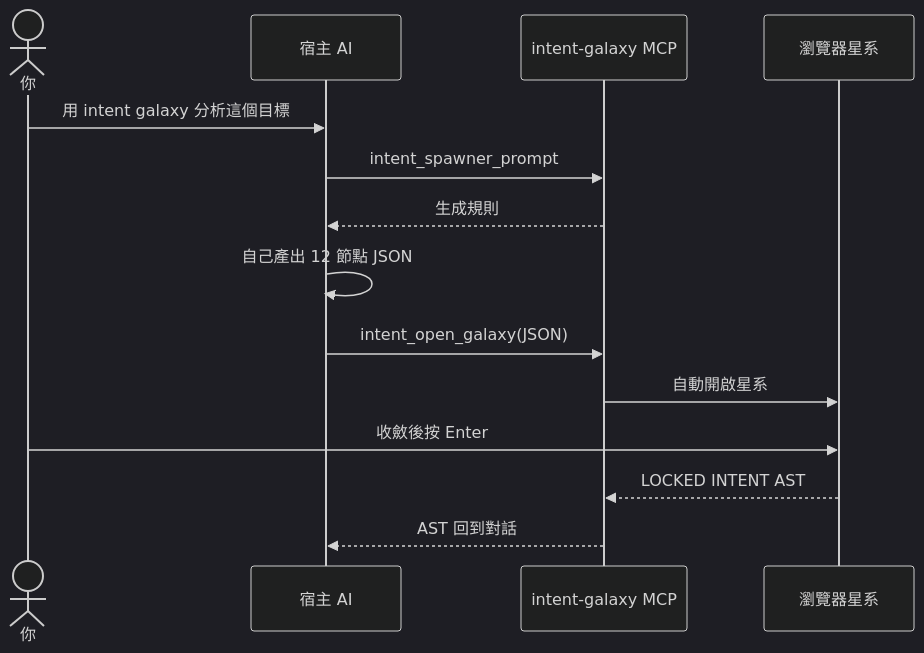
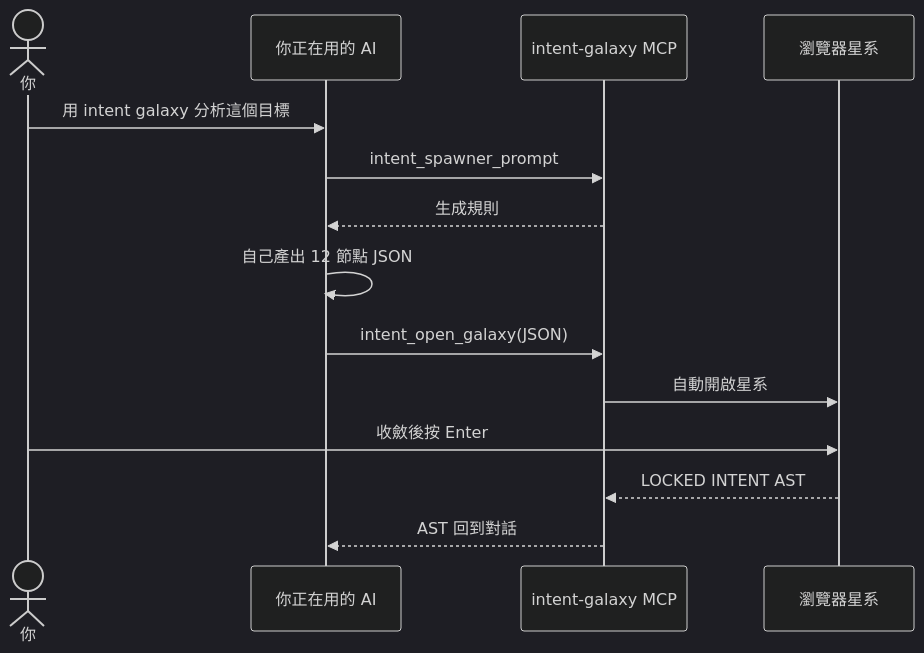
Before and after one commit to stephen-taipei/intent-galaxy: the second of 4 diagrams in README.md, drawn with Mermaid (dark theme). The commit also changed other lines of this file and 228 other files, not shown here.

````diff
--- a/README.md
+++ b/README.md
@@ -142,16 +142,16 @@
 ```mermaid
 sequenceDiagram
     actor U as 你
-    participant H as 宿主 AI
+    participant H as 你正在用的 AI
     participant M as intent-galaxy MCP
     participant B as 瀏覽器星系
     U->>H: 用 intent galaxy 分析這個目標
     H->>M: intent_spawner_prompt
     M-->>H: 生成規則
     H->>H: 自己產出 12 節點 JSON
     H->>M: intent_open_galaxy(JSON)
     M->>B: 自動開啟星系
     U->>B: 收斂後按 Enter
     B-->>M: LOCKED INTENT AST
     M-->>H: AST 回到對話
 ```
````
